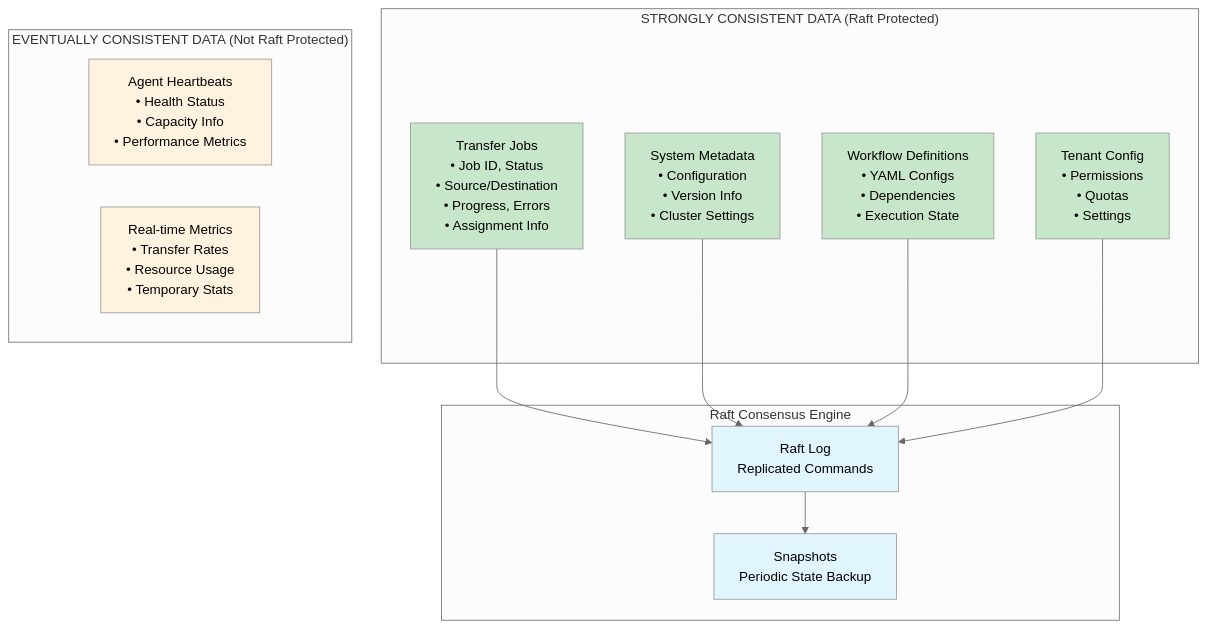
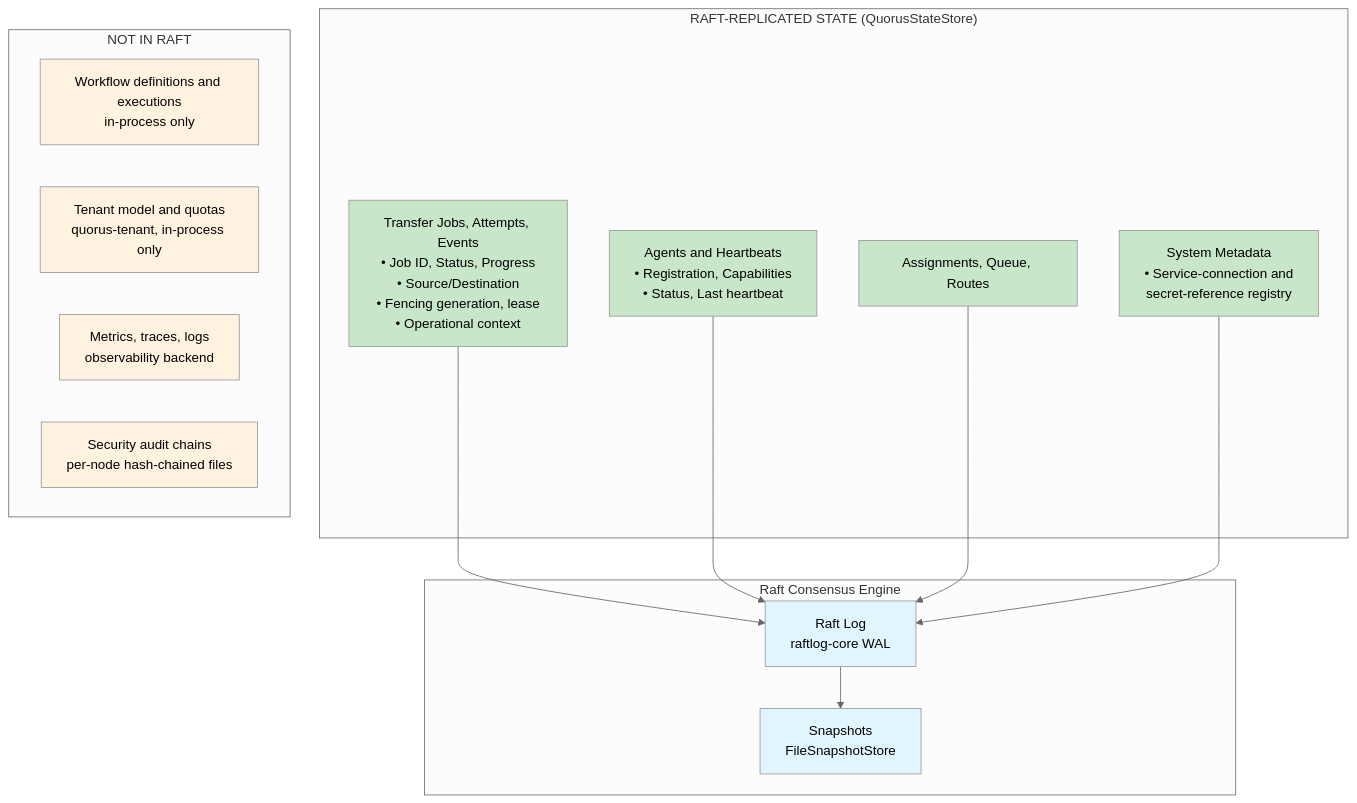
The seventh of 11 diagrams in docs-design/design/QUORUS_SYSTEM_DESIGN.md (mraysmit/quorus), drawn with Mermaid (neutral theme) before and after one commit. The commit also changed other lines of this file and 50 other files, not shown here.

````diff
--- a/docs-design/design/QUORUS_SYSTEM_DESIGN.md
+++ b/docs-design/design/QUORUS_SYSTEM_DESIGN.md
@@ -1661,35 +1072,39 @@
 ```mermaid
 graph TB
-    subgraph "STRONGLY CONSISTENT DATA (Raft Protected)"
-        TJ[Transfer Jobs<br/>• Job ID, Status<br/>• Source/Destination<br/>• Progress, Errors<br/>• Assignment Info]
-        SM[System Metadata<br/>• Configuration<br/>• Version Info<br/>• Cluster Settings]
-        WF[Workflow Definitions<br/>• YAML Configs<br/>• Dependencies<br/>• Execution State]
-        TC[Tenant Config<br/>• Permissions<br/>• Quotas<br/>• Settings]
+    subgraph "RAFT-REPLICATED STATE (QuorusStateStore)"
+        TJ[Transfer Jobs, Attempts, Events<br/>• Job ID, Status, Progress<br/>• Source/Destination<br/>• Fencing generation, lease<br/>• Operational context]
+        AG[Agents and Heartbeats<br/>• Registration, Capabilities<br/>• Status, Last heartbeat]
+        AS[Assignments, Queue, Routes]
+        SM[System Metadata<br/>• Service-connection and<br/>secret-reference registry]
     end
 
-    subgraph "EVENTUALLY CONSISTENT DATA (Not Raft Protected)"
-        AH[Agent Heartbeats<br/>• Health Status<br/>• Capacity Info<br/>• Performance Metrics]
-        RT[Real-time Metrics<br/>• Transfer Rates<br/>• Resource Usage<br/>• Temporary Stats]
+    subgraph "NOT IN RAFT"
+        WF[Workflow definitions and executions<br/>in-process only]
+        TC[Tenant model and quotas<br/>quorus-tenant, in-process only]
+        RT[Metrics, traces, logs<br/>observability backend]
+        AUD[Security audit chains<br/>per-node hash-chained files]
     end
 
     subgraph "Raft Consensus Engine"
-        LOG[Raft Log<br/>Replicated Commands]
-        SNAP[Snapshots<br/>Periodic State Backup]
+        LOG[Raft Log<br/>raftlog-core WAL]
+        SNAP[Snapshots<br/>FileSnapshotStore]
     end
 
     TJ --> LOG
+    AG --> LOG
+    AS --> LOG
     SM --> LOG
-    WF --> LOG
-    TC --> LOG
 
     LOG --> SNAP
 
     style TJ fill:#c8e6c9
+    style AG fill:#c8e6c9
+    style AS fill:#c8e6c9
     style SM fill:#c8e6c9
-    style WF fill:#c8e6c9
-    style TC fill:#c8e6c9
-    style AH fill:#fff3e0
+    style WF fill:#fff3e0
+    style TC fill:#fff3e0
     style RT fill:#fff3e0
+    style AUD fill:#fff3e0
     style LOG fill:#e1f5fe
     style SNAP fill:#e1f5fe
 ```
````
